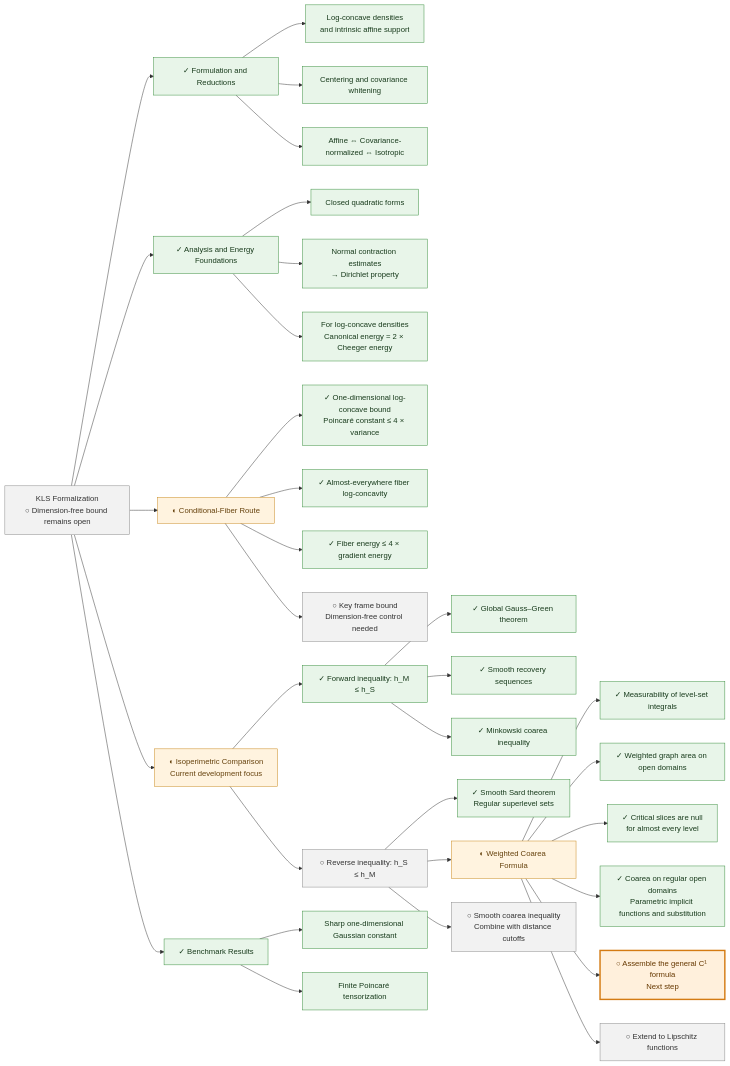
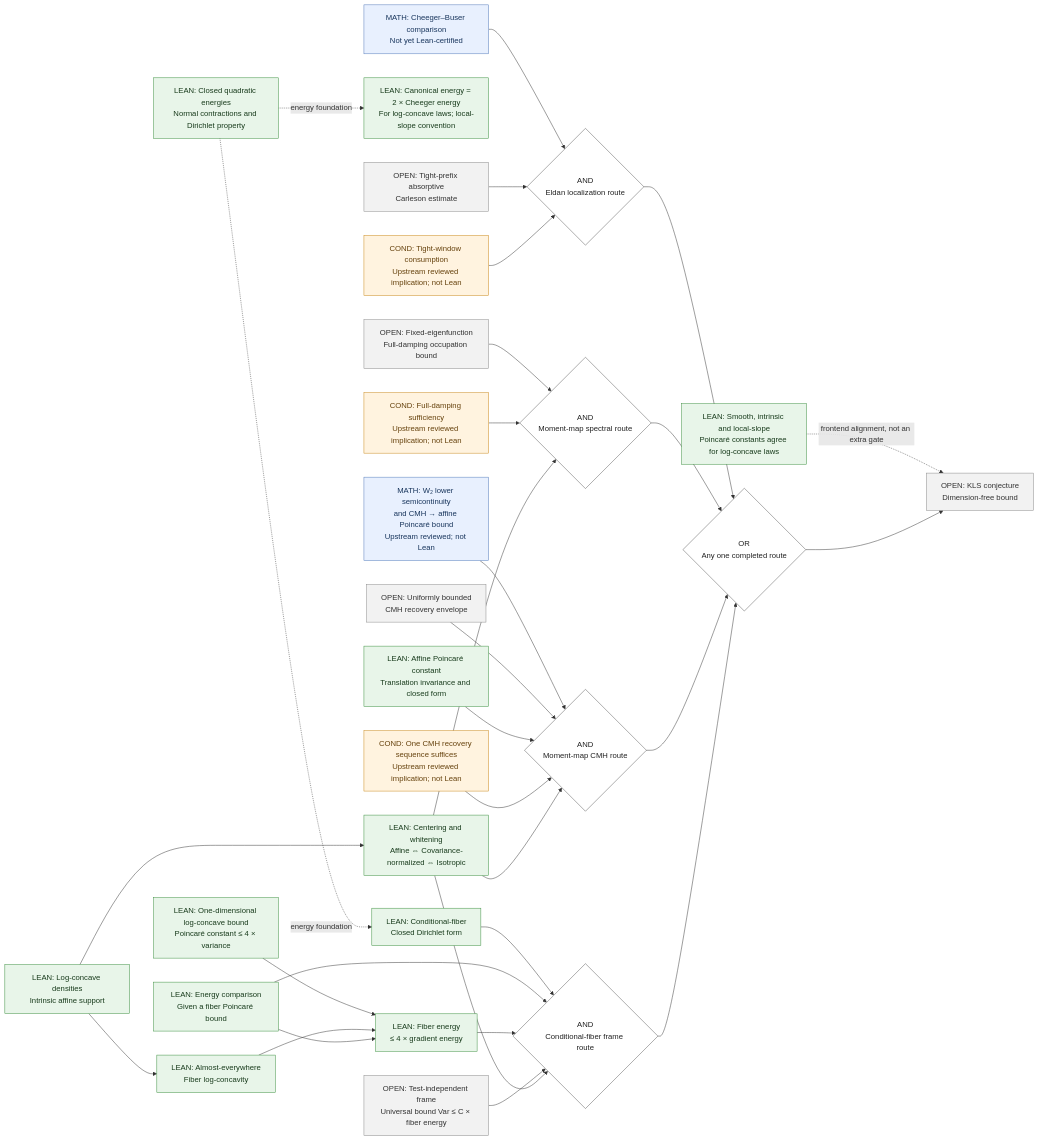
One commit to human-ai-mathematics/kls-lean changed the first of 2 diagrams in README.md. Above: the diagram before and after it, drawn with Mermaid. The commit also changed other lines of this file and 1 other file, not shown here.

Commit message:
docs: map all four routes toward KLS with explicit AND and OR

````diff
--- a/README.md
+++ b/README.md
@@ -41,84 +55,97 @@
 ```mermaid
 flowchart LR
-    ROOT["KLS Formalization<br/>○ Dimension-free bound remains open"]
+    KLS["OPEN: KLS conjecture<br/>Dimension-free bound"]
+    ANY{"OR<br/>Any one completed route"}
+    DENS["LEAN: Log-concave densities<br/>Intrinsic affine support"]
+    NORM["LEAN: Centering and whitening<br/>Affine ⇔ Covariance-normalized ⇔ Isotropic"]
+    FORMS["LEAN: Closed quadratic energies<br/>Normal contractions and Dirichlet property"]
+    ENERGY["LEAN: Canonical energy = 2 × Cheeger energy<br/>For log-concave laws; local-slope convention"]
+    CONST["LEAN: Smooth, intrinsic and local-slope<br/>Poincaré constants agree for log-concave laws"]
+    CB["MATH: Cheeger–Buser comparison<br/>Not yet Lean-certified"]
+    EG["OPEN: Tight-prefix absorptive<br/>Carleson estimate"]
+    EC["COND: Tight-window consumption<br/>Upstream reviewed implication; not Lean"]
+    EAND{"AND<br/>Eldan localization route"}
+    SG["OPEN: Fixed-eigenfunction<br/>Full-damping occupation bound"]
+    SC["COND: Full-damping sufficiency<br/>Upstream reviewed implication; not Lean"]
+    SAND{"AND<br/>Moment-map spectral route"}
+    MH["MATH: W₂ lower semicontinuity<br/>and CMH → affine Poincaré bound<br/>Upstream reviewed; not Lean"]
+    MG["OPEN: Uniformly bounded<br/>CMH recovery envelope"]
+    MT["LEAN: Affine Poincaré constant<br/>Translation invariance and closed form"]
+    MC["COND: One CMH recovery sequence suffices<br/>Upstream reviewed implication; not Lean"]
+    MAND{"AND<br/>Moment-map CMH route"}
+    FC["LEAN: Conditional-fiber<br/>Closed Dirichlet form"]
+    ONE["LEAN: One-dimensional log-concave bound<br/>Poincaré constant ≤ 4 × variance"]
+    FLOG["LEAN: Almost-everywhere<br/>Fiber log-concavity"]
+    FP["LEAN: Energy comparison<br/>Given a fiber Poincaré bound"]
+    F4["LEAN: Fiber energy<br/>≤ 4 × gradient energy"]
+    FG["OPEN: Test-independent frame<br/>Universal bound Var ≤ C × fiber energy"]
+    FAND{"AND<br/>Conditional-fiber frame route"}
 
-    ROOT --> A["✓ Formulation and Reductions"]
-    A --> A1["Log-concave densities<br/>and intrinsic affine support"]
-    A --> A2["Centering and covariance whitening"]
-    A --> A3["Affine ⇔ Covariance-normalized ⇔ Isotropic"]
+    DENS --> NORM
+    DENS --> FLOG
+    FORMS -.->|energy foundation| FC
+    FORMS -.->|energy foundation| ENERGY
+    CONST -.->|frontend alignment, not an extra gate| KLS
+    CB --> EAND
+    EG --> EAND
+    EC --> EAND
+    SG --> SAND
+    SC --> SAND
+    NORM --> SAND
+    MH --> MAND
+    MG --> MAND
+    MT --> MAND
+    MC --> MAND
+    NORM --> MAND
+    ONE --> F4
+    FLOG --> F4
+    FP --> F4
+    FC --> FAND
+    FP --> FAND
+    F4 --> FAND
+    FG --> FAND
+    NORM --> FAND
+    EAND --> ANY
+    SAND --> ANY
+    MAND --> ANY
+    FAND --> ANY
+    ANY --> KLS
 
-    ROOT --> B["✓ Analysis and Energy Foundations"]
-    B --> B1["Closed quadratic forms"]
-    B --> B2["Normal contraction estimates<br/>→ Dirichlet property"]
-    B --> B3["For log-concave densities<br/>Canonical energy = 2 × Cheeger energy"]
-
-    ROOT --> C["◐ Conditional-Fiber Route"]
-    C --> C1["✓ One-dimensional log-concave bound<br/>Poincaré constant ≤ 4 × variance"]
-    C --> C2["✓ Almost-everywhere fiber log-concavity"]
-    C --> C3["✓ Fiber energy ≤ 4 × gradient energy"]
-    C --> C4["○ Key frame bound<br/>Dimension-free control needed"]
-
-    ROOT --> D["◐ Isoperimetric Comparison<br/>Current development focus"]
-    D --> D1["✓ Forward inequality: h_M ≤ h_S"]
-    D1 --> D11["✓ Global Gauss–Green theorem"]
-    D1 --> D12["✓ Smooth recovery sequences"]
-    D1 --> D13["✓ Minkowski coarea inequality"]
-
-    D --> D2["○ Reverse inequality: h_S ≤ h_M"]
-    D2 --> D21["✓ Smooth Sard theorem<br/>Regular superlevel sets"]
-    D2 --> D22["◐ Weighted Coarea Formula"]
-    D22 --> D221["✓ Measurability of level-set integrals"]
-    D22 --> D222["✓ Weighted graph area on open domains"]
-    D22 --> D223["✓ Critical slices are null<br/>for almost every level"]
-    D22 --> D224["✓ Coarea on regular open domains<br/>Parametric implicit functions and substitution"]
-    D22 --> D225["○ Assemble the general C¹ formula<br/>Next step"]
-    D22 --> D226["○ Extend to Lipschitz functions"]
-    D2 --> D23["○ Smooth coarea inequality<br/>Combine with distance cutoffs"]
-
-    ROOT --> E["✓ Benchmark Results"]
-    E --> E1["Sharp one-dimensional Gaussian constant"]
-    E --> E2["Finite Poincaré tensorization"]
-
-    classDef done fill:#e8f5e9,stroke:#388e3c,color:#183b1c;
-    classDef partial fill:#fff3df,stroke:#c88719,color:#66420d;
-    classDef todo fill:#f2f2f2,stroke:#888,color:#333;
+    classDef lean fill:#e8f5e9,stroke:#388e3c,color:#183b1c;
+    classDef math fill:#e8f0fe,stroke:#5078b8,color:#18355c;
+    classDef conditional fill:#fff3df,stroke:#c88719,color:#66420d;
+    classDef open fill:#f2f2f2,stroke:#888,color:#333;
     classDef focus fill:#fff0dc,stroke:#d47b13,color:#663800,stroke-width:3px;
-
-    class A,A1,A2,A3,B,B1,B2,B3,C1,C2,C3,D1,D11,D12,D13,D21,D221,D222,D223,D224,E,E1,E2 done;
-    class C,D,D22 partial;
-    class ROOT,C4,D2,D226,D23 todo;
-    class D225 focus;
-
-    click ROOT href "https://github.com/numina-functional-inequalities/kls-lean/blob/main/formalization/FunctionalInequalities/KLS/Statement.lean" "KLS Formalization — ○ Dimension-free bound remains open" _blank
-    click A href "https://github.com/numina-functional-inequalities/kls-lean/blob/main/formalization/FunctionalInequalities/KLS/LogConcave/Isotropic.lean" "✓ Formulation and Reductions" _blank
-    click A1 href "https://github.com/numina-functional-inequalities/kls-lean/blob/main/formalization/FunctionalInequalities/KLS/LogConcave/BorellRepresentation.lean" "Log-concave densities — and intrinsic affine support" _blank
-    click A2 href "https://github.com/numina-functional-inequalities/kls-lean/blob/main/formalization/FunctionalInequalities/KLS/LogConcave/Isotropic.lean" "Centering and covariance whitening" _blank
-    click A3 href "https://github.com/numina-functional-inequalities/kls-lean/blob/main/formalization/FunctionalInequalities/KLS/LogConcave/Isotropic.lean" "Affine ⇔ Covariance-normalized ⇔ Isotropic" _blank
-    click B href "https://github.com/numina-functional-inequalities/kls-lean/blob/main/formalization/FunctionalInequalities/Energy/README.md" "✓ Analysis and Energy Foundations" _blank
-    click B1 href "https://github.com/numina-functional-inequalities/kls-lean/blob/main/formalization/FunctionalInequalities/Energy/SmoothGradient/Closed.lean" "Closed quadratic forms" _blank
-    click B2 href "https://github.com/numina-functional-inequalities/kls-lean/blob/main/formalization/FunctionalInequalities/Energy/SmoothGradient/Dirichlet.lean" "Normal contraction estimates — → Dirichlet property" _blank
-    click B3 href "https://github.com/numina-functional-inequalities/kls-lean/blob/main/formalization/FunctionalInequalities/Energy/Cheeger.lean" "For log-concave densities — Canonical energy = 2 × Cheeger energy" _blank
-    click C href "https://github.com/numina-functional-inequalities/kls-lean/blob/main/formalization/FunctionalInequalities/KLS/ConditionalFiber.lean" "◐ Conditional-Fiber Route" _blank
-    click C1 href "https://github.com/numina-functional-inequalities/kls-lean/blob/main/formalization/FunctionalInequalities/KLS/LogConcave/Line/SharpPoincare.lean" "✓ One-dimensional log-concave bound — Poincaré constant ≤ 4 × variance" _blank
-    click C2 href "https://github.com/numina-functional-inequalities/kls-lean/blob/main/formalization/FunctionalInequalities/KLS/LogConcave/ConditionalFiber.lean" "✓ Almost-everywhere fiber log-concavity" _blank
-    click C3 href "https://github.com/numina-functional-inequalities/kls-lean/blob/main/formalization/FunctionalInequalities/KLS/LogConcave/ConditionalFiber.lean" "✓ Fiber energy ≤ 4 × gradient energy" _blank
-    click C4 href "https://github.com/numina-functional-inequalities/kls-lean/blob/main/formalization/blueprint/src/chapters/50-kls-routes.tex" "○ Key frame bound — Dimension-free control needed" _blank
-    click D href "https://github.com/numina-functional-inequalities/kls-lean/blob/main/formalization/FunctionalInequalities/KLS/Geometry/CheegerInfimum.lean" "◐ Isoperimetric Comparison — Current development focus" _blank
-    click D1 href "https://github.com/numina-functional-inequalities/kls-lean/blob/main/formalization/FunctionalInequalities/KLS/Geometry/CheegerInfimum.lean" "✓ Forward inequality: h_M ≤ h_S" _blank
-    click D11 href "https://github.com/numina-functional-inequalities/kls-lean/blob/main/formalization/FunctionalInequalities/KLS/Geometry/GaussGreen.lean" "✓ Global Gauss–Green theorem" _blank
-    click D12 href "https://github.com/numina-functional-inequalities/kls-lean/blob/main/formalization/FunctionalInequalities/KLS/Geometry/PerimeterRecovery.lean" "✓ Smooth recovery sequences" _blank
-    click D13 href "https://github.com/numina-functional-inequalities/kls-lean/blob/main/formalization/FunctionalInequalities/KLS/Geometry/MinkowskiContent.lean" "✓ Minkowski coarea inequality" _blank
-    click D2 href "https://github.com/numina-functional-inequalities/kls-lean/blob/main/formalization/FunctionalInequalities/KLS/WIP/CheegerInfimum.lean" "○ Reverse inequality: h_S ≤ h_M" _blank
-    click D21 href "https://github.com/numina-functional-inequalities/kls-lean/blob/main/formalization/FunctionalInequalities/Analysis/SmoothSard.lean" "✓ Smooth Sard theorem — Regular superlevel sets" _blank
-    click D22 href "https://github.com/numina-functional-inequalities/kls-lean/blob/main/research/decisions/2026-09-15-weighted-coarea-route.md" "◐ Weighted Coarea Formula" _blank
-    click D221 href "https://github.com/numina-functional-inequalities/kls-lean/blob/main/formalization/FunctionalInequalities/KLS/Geometry/LevelSetMeasurable.lean" "✓ Measurability of level-set integrals" _blank
-    click D222 href "https://github.com/numina-functional-inequalities/kls-lean/blob/main/formalization/FunctionalInequalities/Analysis/OpenGraphIntegral.lean" "✓ Weighted graph area on open domains" _blank
-    click D223 href "https://github.com/numina-functional-inequalities/kls-lean/blob/main/formalization/FunctionalInequalities/KLS/Geometry/CriticalSlice.lean" "✓ Critical slices are null — for almost every level" _blank
-    click D224 href "https://github.com/numina-functional-inequalities/kls-lean/blob/main/formalization/FunctionalInequalities/KLS/Geometry/RegularCoarea.lean" "✓ Coarea on regular open domains — Parametric implicit functions and substitution" _blank
-    click D225 href "https://github.com/numina-functional-inequalities/kls-lean/blob/main/research/decisions/2026-09-15-weighted-coarea-route.md#l11" "○ Assemble the general C¹ formula — Next step" _blank
-    click D226 href "https://github.com/numina-functional-inequalities/kls-lean/blob/main/research/decisions/2026-09-15-weighted-coarea-route.md#l12" "○ Extend to Lipschitz functions" _blank
-    click D23 href "https://github.com/numina-functional-inequalities/kls-lean/blob/main/formalization/FunctionalInequalities/KLS/WIP/CheegerInfimum.lean" "○ Smooth coarea inequality — Combine with distance cutoffs" _blank
-    click E href "https://github.com/numina-functional-inequalities/kls-lean/blob/main/formalization/FunctionalInequalities/Poincare/README.md" "✓ Benchmark Results" _blank
-    click E1 href "https://github.com/numina-functional-inequalities/kls-lean/blob/main/formalization/FunctionalInequalities/Poincare/Gaussian/Real.lean" "Sharp one-dimensional Gaussian constant" _blank
-    click E2 href "https://github.com/numina-functional-inequalities/kls-lean/blob/main/formalization/FunctionalInequalities/Poincare/FiniteProduct/Tensorization.lean" "Finite Poincaré tensorization" _blank
+    classDef logic fill:#ffffff,stroke:#555,color:#222;
+    class DENS,NORM,FORMS,ENERGY,CONST,MT,FC,ONE,FLOG,FP,F4 lean;
+    class CB,MH math;
+    class EC,SC,MC conditional;
+    class KLS,EG,SG,MG,FG open;
+    class ANY,EAND,SAND,MAND,FAND logic;
+    click KLS href "https://github.com/numina-functional-inequalities/kls-lean/blob/main/formalization/FunctionalInequalities/KLS/Statement.lean" "OPEN: KLS conjecture — Dimension-free bound" _blank
+    click ANY href "https://github.com/numina-functional-inequalities/kls-lean/blob/main/formalization/blueprint/route-composition.yaml" "OR — Any one completed route" _blank
+    click DENS href "https://github.com/numina-functional-inequalities/kls-lean/blob/main/formalization/FunctionalInequalities/KLS/LogConcave/BorellRepresentation.lean" "LEAN: Log-concave densities — Intrinsic affine support" _blank
+    click NORM href "https://github.com/numina-functional-inequalities/kls-lean/blob/main/formalization/FunctionalInequalities/KLS/LogConcave/Isotropic.lean" "LEAN: Centering and whitening — Affine ⇔ Covariance-normalized ⇔ Isotropic" _blank
+    click FORMS href "https://github.com/numina-functional-inequalities/kls-lean/blob/main/formalization/FunctionalInequalities/Energy/SmoothGradient/Dirichlet.lean" "LEAN: Closed quadratic energies — Normal contractions and Dirichlet property" _blank
+    click ENERGY href "https://github.com/numina-functional-inequalities/kls-lean/blob/main/formalization/FunctionalInequalities/Energy/Cheeger.lean" "LEAN: Canonical energy = 2 × Cheeger energy — For log-concave laws; local-slope convention" _blank
+    click CONST href "https://github.com/numina-functional-inequalities/kls-lean/blob/main/formalization/FunctionalInequalities/KLS/LogConcave/Poincare.lean" "LEAN: Smooth, intrinsic and local-slope — Poincaré constants agree for log-concave laws" _blank
+    click CB href "https://github.com/numina-functional-inequalities/kls-lean/blob/main/formalization/blueprint/src/chapters/45-shared-analytic-bridges.tex" "MATH: Cheeger–Buser comparison — Not yet Lean-certified" _blank
+    click EG href "https://github.com/numina-functional-inequalities/kls-lean/blob/main/formalization/blueprint/src/chapters/50-kls-routes.tex" "OPEN: Tight-prefix absorptive — Carleson estimate" _blank
+    click EC href "https://github.com/numina-functional-inequalities/kls-lean/blob/main/formalization/blueprint/src/chapters/50-kls-routes.tex" "COND: Tight-window consumption — Upstream reviewed implication; not Lean" _blank
+    click EAND href "https://github.com/numina-functional-inequalities/kls-lean/blob/main/formalization/blueprint/route-composition.yaml" "AND — Eldan localization route" _blank
+    click SG href "https://github.com/numina-functional-inequalities/kls-lean/blob/main/formalization/blueprint/src/chapters/50-kls-routes.tex" "OPEN: Fixed-eigenfunction — Full-damping occupation bound" _blank
+    click SC href "https://github.com/numina-functional-inequalities/kls-lean/blob/main/formalization/blueprint/src/chapters/50-kls-routes.tex" "COND: Full-damping sufficiency — Upstream reviewed implication; not Lean" _blank
+    click SAND href "https://github.com/numina-functional-inequalities/kls-lean/blob/main/formalization/blueprint/route-composition.yaml" "AND — Moment-map spectral route" _blank
+    click MH href "https://github.com/numina-functional-inequalities/kls-lean/blob/main/formalization/blueprint/src/chapters/50-kls-routes.tex" "MATH: W₂ lower semicontinuity — and CMH → affine Poincaré bound — Upstream reviewed; not Lean" _blank
+    click MG href "https://github.com/numina-functional-inequalities/kls-lean/blob/main/formalization/blueprint/src/chapters/50-kls-routes.tex" "OPEN: Uniformly bounded — CMH recovery envelope" _blank
+    click MT href "https://github.com/numina-functional-inequalities/kls-lean/blob/main/formalization/FunctionalInequalities/Poincare/CovarianceGradient/Translation.lean" "LEAN: Affine Poincaré constant — Translation invariance and closed form" _blank
+    click MC href "https://github.com/numina-functional-inequalities/kls-lean/blob/main/formalization/blueprint/src/chapters/50-kls-routes.tex" "COND: One CMH recovery sequence suffices — Upstream reviewed implication; not Lean" _blank
+    click MAND href "https://github.com/numina-functional-inequalities/kls-lean/blob/main/formalization/blueprint/route-composition.yaml" "AND — Moment-map CMH route" _blank
+    click FC href "https://github.com/numina-functional-inequalities/kls-lean/blob/main/formalization/FunctionalInequalities/KLS/ConditionalFiber/Closed.lean" "LEAN: Conditional-fiber — Closed Dirichlet form" _blank
+    click ONE href "https://github.com/numina-functional-inequalities/kls-lean/blob/main/formalization/FunctionalInequalities/KLS/LogConcave/Line/SharpPoincare.lean" "LEAN: One-dimensional log-concave bound — Poincaré constant ≤ 4 × variance" _blank
+    click FLOG href "https://github.com/numina-functional-inequalities/kls-lean/blob/main/formalization/FunctionalInequalities/KLS/LogConcave/ConditionalFiber.lean" "LEAN: Almost-everywhere — Fiber log-concavity" _blank
+    click FP href "https://github.com/numina-functional-inequalities/kls-lean/blob/main/formalization/FunctionalInequalities/KLS/ConditionalFiber/EnergyComparison.lean" "LEAN: Energy comparison — Given a fiber Poincaré bound" _blank
+    click F4 href "https://github.com/numina-functional-inequalities/kls-lean/blob/main/formalization/FunctionalInequalities/KLS/LogConcave/ConditionalFiber.lean" "LEAN: Fiber energy — ≤ 4 × gradient energy" _blank
+    click FG href "https://github.com/numina-functional-inequalities/kls-lean/blob/main/formalization/blueprint/src/chapters/50-kls-routes.tex" "OPEN: Test-independent frame — Universal bound Var ≤ C × fiber energy" _blank
+    click FAND href "https://github.com/numina-functional-inequalities/kls-lean/blob/main/formalization/blueprint/route-composition.yaml" "AND — Conditional-fiber frame route" _blank
 ```
````
